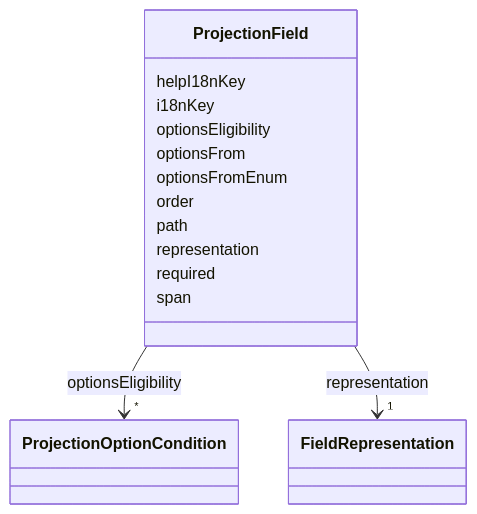
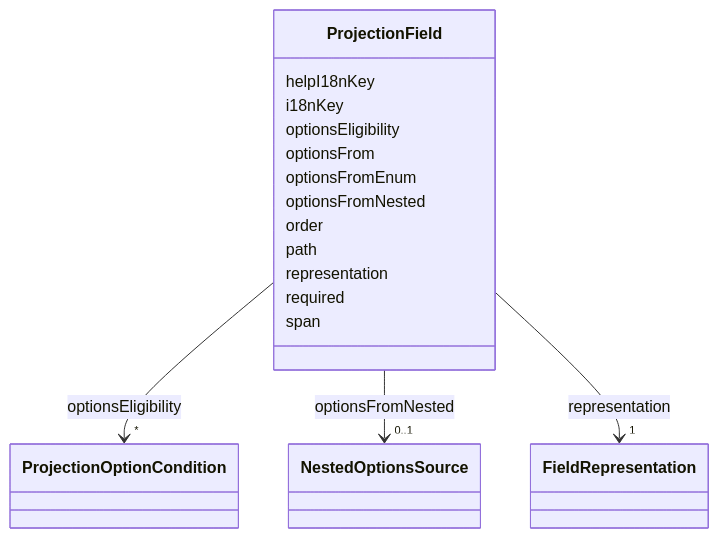
Before and after one commit to open4good/jumo-core: the diagram in metamodel/generated/docs/ProjectionField.md, drawn with Mermaid. The commit also changed other lines of this file and 41 other files, not shown here.

````diff
--- a/metamodel/generated/docs/ProjectionField.md
+++ b/metamodel/generated/docs/ProjectionField.md
@@ -18,44 +18,55 @@
 ```mermaid
  classDiagram
     class ProjectionField
     click ProjectionField href "../ProjectionField/"
       ProjectionField : helpI18nKey
 
       ProjectionField : i18nKey
 
       ProjectionField : optionsEligibility
 
 
 
 
 
         ProjectionField --> "*" ProjectionOptionCondition : optionsEligibility
         click ProjectionOptionCondition href "../ProjectionOptionCondition/"
 
 
 
       ProjectionField : optionsFrom
 
       ProjectionField : optionsFromEnum
 
+      ProjectionField : optionsFromNested
+
+
+
+
+
+        ProjectionField --> "0..1" NestedOptionsSource : optionsFromNested
+        click NestedOptionsSource href "../NestedOptionsSource/"
+
+
+
       ProjectionField : order
 
       ProjectionField : path
 
       ProjectionField : representation
 
 
 
 
 
         ProjectionField --> "1" FieldRepresentation : representation
         click FieldRepresentation href "../FieldRepresentation/"
 
 
 
       ProjectionField : required
 
       ProjectionField : span
 
 
 ```
````
